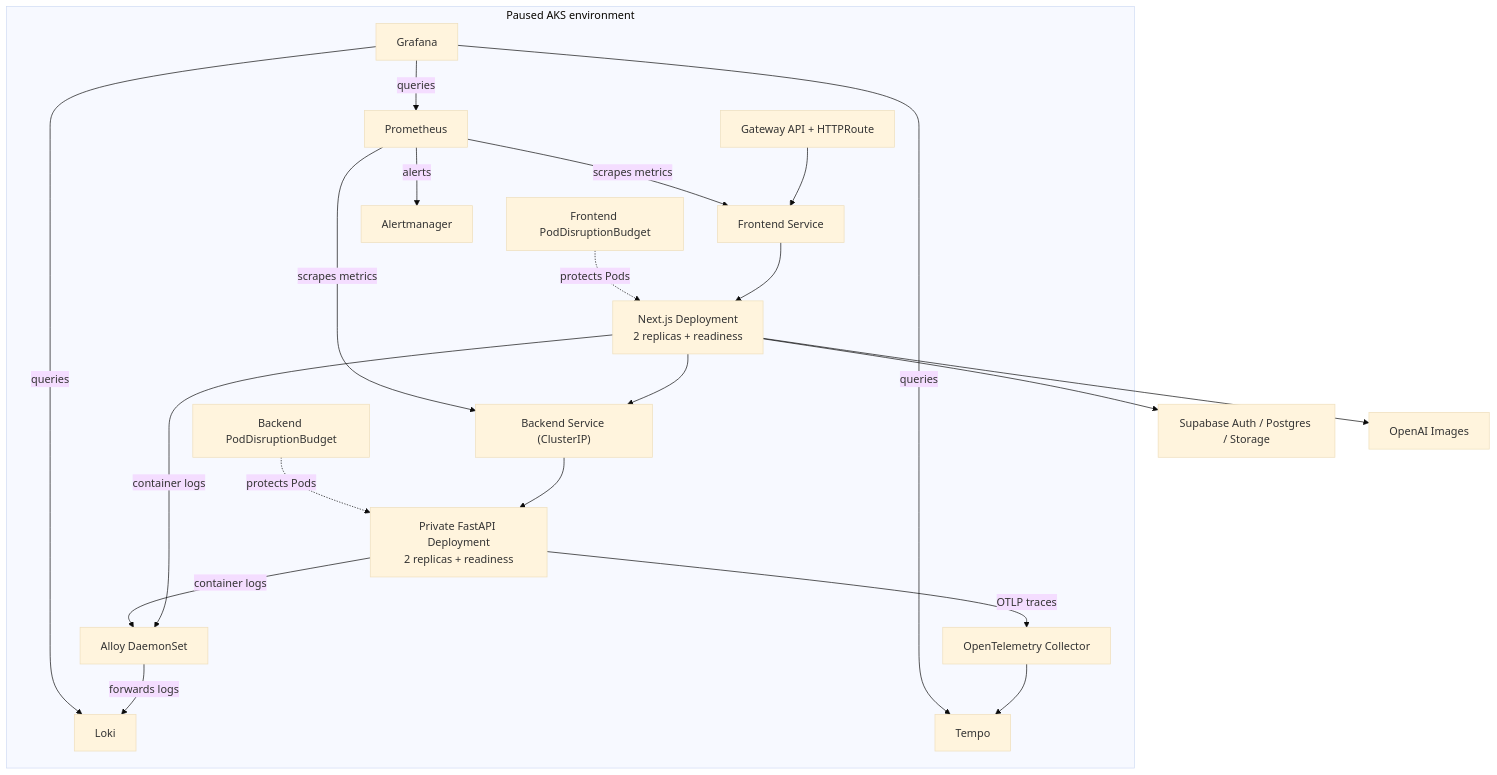
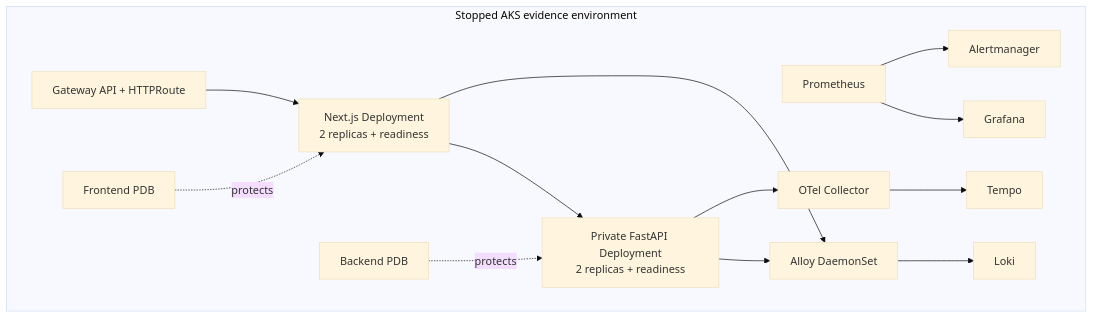
One commit to hzzcoding/SlowChrome-Showcase changed the fourth of 4 diagrams in docs/technical-case-study.md. Above: the diagram before and after it, drawn with Mermaid (base theme). The commit also changed other lines of this file and 12 other files, not shown here.

````diff
--- a/docs/technical-case-study.md
+++ b/docs/technical-case-study.md
@@ -141,36 +357,17 @@
 ```mermaid
 flowchart TD
-    subgraph cluster["Paused AKS environment"]
-        gateway["Gateway API + HTTPRoute"] --> frontendSvc["Frontend Service"]
-        frontendSvc --> frontend["Next.js Deployment\n2 replicas + readiness"]
-        frontend --> backendSvc["Backend Service (ClusterIP)"]
-        backendSvc --> backend["Private FastAPI Deployment\n2 replicas + readiness"]
+    subgraph aks["Stopped AKS evidence environment"]
+        gateway["Gateway API + HTTPRoute"] --> frontend["Next.js Deployment\n2 replicas + readiness"]
+        frontend --> backend["Private FastAPI Deployment\n2 replicas + readiness"]
+        frontendPdb["Frontend PDB"] -. protects .-> frontend
+        backendPdb["Backend PDB"] -. protects .-> backend
 
-        frontend
-        backend
-        frontendPdb["Frontend PodDisruptionBudget"]
-        backendPdb["Backend PodDisruptionBudget"]
-        prom["Prometheus"]
-        grafana["Grafana"]
-        alloy["Alloy DaemonSet"]
-        loki["Loki"]
-        collector["OpenTelemetry Collector"]
-        tempo["Tempo"]
-        am["Alertmanager"]
-        frontendPdb -. protects Pods .-> frontend
-        backendPdb -. protects Pods .-> backend
-        prom -->|scrapes metrics| frontendSvc
-        prom -->|scrapes metrics| backendSvc
-        frontend -->|container logs| alloy
-        backend -->|container logs| alloy
-        alloy -->|forwards logs| loki
-        backend -->|OTLP traces| collector
-        collector --> tempo
-        grafana -->|queries| prom
-        grafana -->|queries| loki
-        grafana -->|queries| tempo
-        prom -->|alerts| am
+        prom["Prometheus"] --> grafana["Grafana"]
+        frontend --> alloy["Alloy DaemonSet"]
+        backend --> alloy
+        alloy --> loki["Loki"]
+        backend --> collector["OTel Collector"]
+        collector --> tempo["Tempo"]
+        prom --> alertmanager["Alertmanager"]
     end
-    frontend --> supabase["Supabase Auth / Postgres / Storage"]
-    frontend --> openai["OpenAI Images"]
 ```
````
